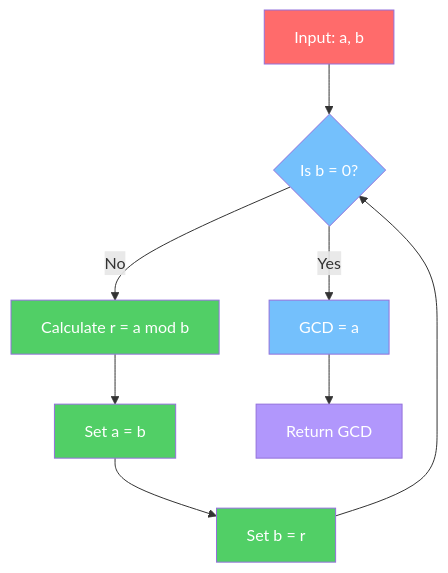
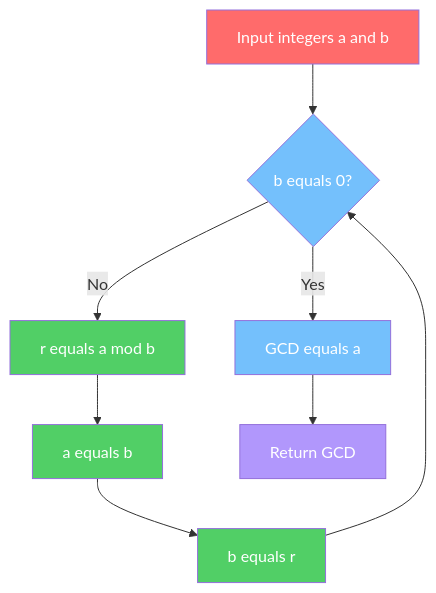
The first of 3 diagrams in collaborations/mathematics-database/mathematics-paper-draft.md (garywelz/progframe), drawn with Mermaid before and after one commit. The commit also changed other lines of this file and 1 other file, not shown here.

First line of the commit message:
Math paper appendix: GitHub-safe Mermaid, Euclid Book I DAG, viewer nav text

````diff
--- a/collaborations/mathematics-database/mathematics-paper-draft.md
+++ b/collaborations/mathematics-database/mathematics-paper-draft.md
@@ -618,17 +620,17 @@
 ```mermaid
 flowchart TD
-    A[Input: a, b] --> B{Is b = 0?}
-    B -->|Yes| C[GCD = a]
-    B -->|No| D[Calculate r = a mod b]
-    D --> E[Set a = b]
-    E --> F[Set b = r]
+    A["Input integers a and b"] --> B{"b equals 0?"}
+    B -->|Yes| C["GCD equals a"]
+    B -->|No| D["r equals a mod b"]
+    D --> E["a equals b"]
+    E --> F["b equals r"]
     F --> B
-    C --> G[Return GCD]
+    C --> G["Return GCD"]
     style A fill:#ff6b6b,color:#fff
     style B fill:#74c0fc,color:#fff
     style C fill:#74c0fc,color:#fff
     style D fill:#51cf66,color:#fff
     style E fill:#51cf66,color:#fff
     style F fill:#51cf66,color:#fff
     style G fill:#b197fc,color:#fff
 ```
````
